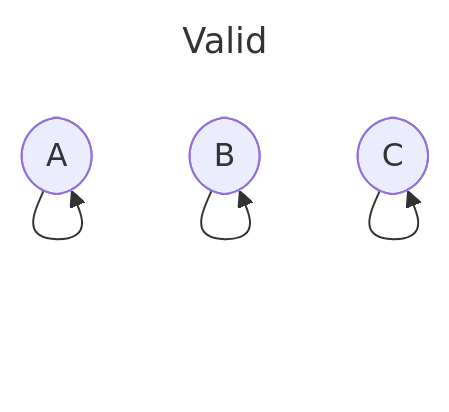
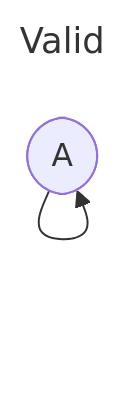
The seventh of 17 diagrams in proofs/AdmissibilityGraph/README.md (stepchowfun/proofs), drawn with Mermaid before and after one commit. The commit also changed other lines of this file, not shown here.

Commit message:
Wordsmith the admissibility graph README

````diff
--- a/proofs/AdmissibilityGraph/README.md
+++ b/proofs/AdmissibilityGraph/README.md
@@ -130,16 +141,10 @@
 ```mermaid
 ---
 title: Valid
 ---
 flowchart TD
   a([A])
-  b([B])
-  c([C])
 
   a -.-> a
-  b -.-> b
-  c -.-> c
   a --> a
-  b --> b
-  c --> c
 ```
````
